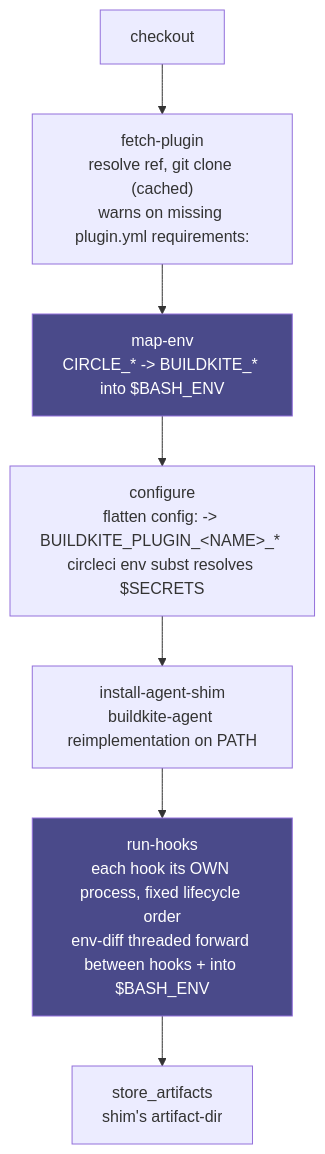
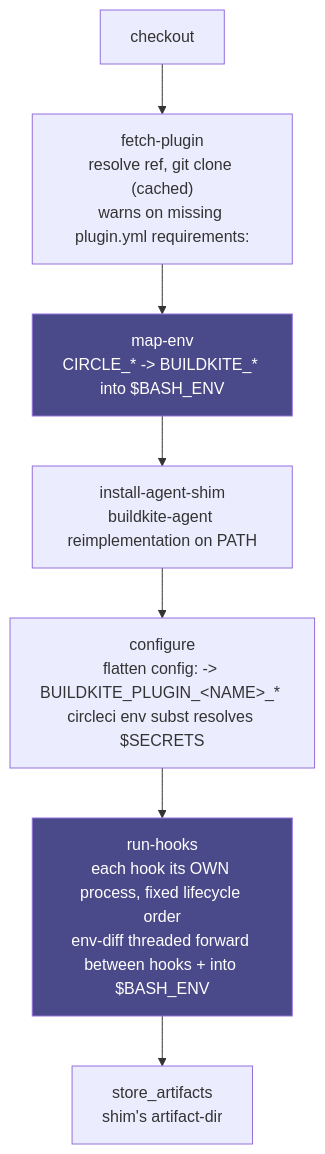
One commit to CircleCI-Labs/buildkite-orb changed the diagram in README.md. Above: the diagram before and after it, drawn with Mermaid. The commit also changed other lines of this file, not shown here.

First line of the commit message:
docs: teach the vendor mapping, add commands reference, fix diagram accuracy

````diff
--- a/README.md
+++ b/README.md
@@ -93,12 +93,12 @@
 ```mermaid
 flowchart TD
     A[checkout] --> B["fetch-plugin<br/>resolve ref, git clone (cached)<br/>warns on missing plugin.yml requirements:"]
     B --> C["map-env<br/>CIRCLE_* -&gt; BUILDKITE_* into $BASH_ENV"]
-    C --> D["configure<br/>flatten config: -&gt; BUILDKITE_PLUGIN_&lt;NAME&gt;_* <br/>circleci env subst resolves $SECRETS"]
-    D --> E["install-agent-shim<br/>buildkite-agent reimplementation on PATH"]
+    C --> D["install-agent-shim<br/>buildkite-agent reimplementation on PATH"]
+    D --> E["configure<br/>flatten config: -&gt; BUILDKITE_PLUGIN_&lt;NAME&gt;_* <br/>circleci env subst resolves $SECRETS"]
     E --> F["run-hooks<br/>each hook its OWN process, fixed lifecycle order<br/>env-diff threaded forward between hooks + into $BASH_ENV"]
     F --> G[store_artifacts<br/>shim's artifact-dir]
 
     style C fill:#4a4a8a,color:#fff
     style F fill:#4a4a8a,color:#fff
 ```
````
